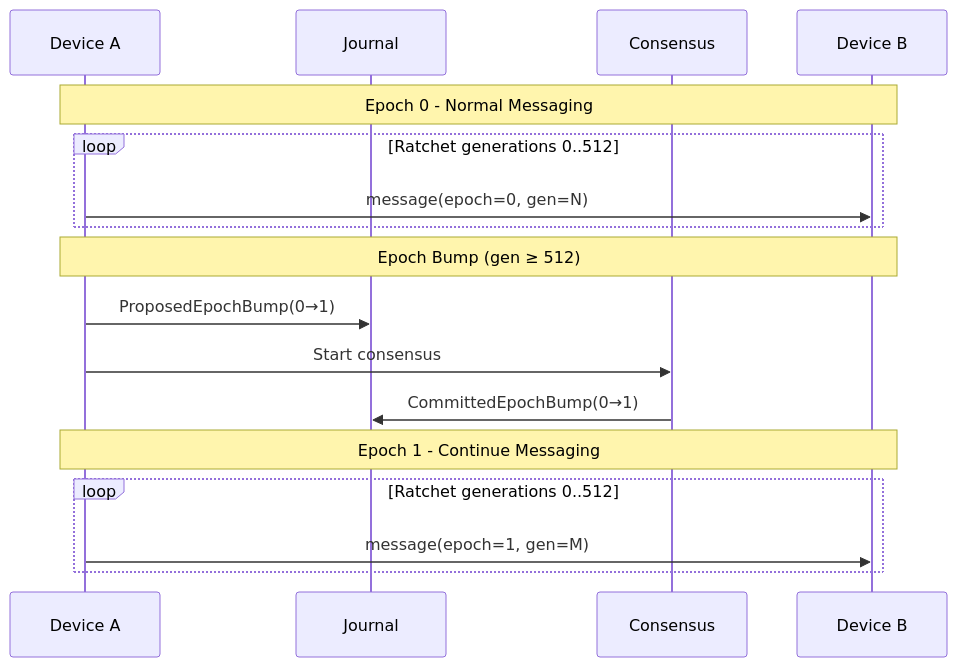
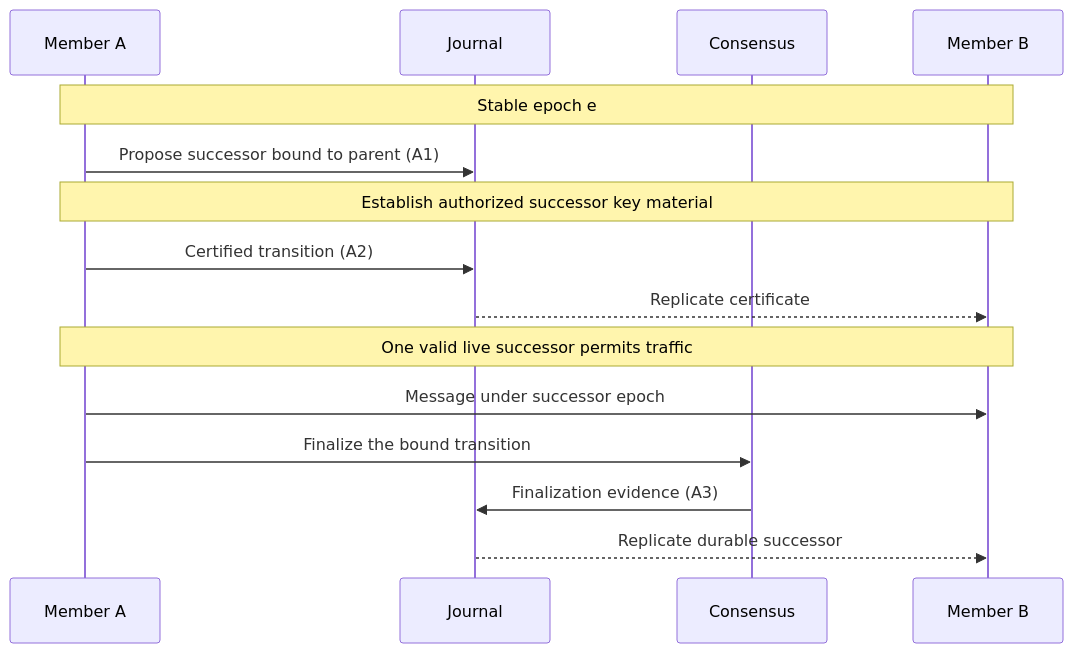
The second of 2 diagrams in content/post/02-recoverable-ratchets.md (hxrts/weboftru.st), drawn with Mermaid before and after one commit. The commit also changed other lines of this file and 7 other files, not shown here.

````diff
--- a/content/post/02-recoverable-ratchets.md
+++ b/content/post/02-recoverable-ratchets.md
@@ -111,22 +102,18 @@
 ```mermaid
 sequenceDiagram
-    participant A as Device A
+    participant A as Member A
     participant J as Journal
     participant C as Consensus
-    participant B as Device B
+    participant B as Member B
 
-    Note over A,B: Epoch 0 - Normal Messaging
-    loop Ratchet generations 0..512
-        A->>B: message(epoch=0, gen=N)
-    end
-
-    Note over A,B: Epoch Bump (gen ≥ 512)
-    A->>J: ProposedEpochBump(0→1)
-    A->>C: Start consensus
-    C->>J: CommittedEpochBump(0→1)
-
-    Note over A,B: Epoch 1 - Continue Messaging
-    loop Ratchet generations 0..512
-        A->>B: message(epoch=1, gen=M)
-    end
+    Note over A,B: Stable epoch e
+    A->>J: Propose successor bound to parent (A1)
+    Note over A,B: Establish authorized successor key material
+    A->>J: Certified transition (A2)
+    J-->>B: Replicate certificate
+    Note over A,B: One valid live successor permits traffic
+    A->>B: Message under successor epoch
+    A->>C: Finalize the bound transition
+    C->>J: Finalization evidence (A3)
+    J-->>B: Replicate durable successor
 ```
````
